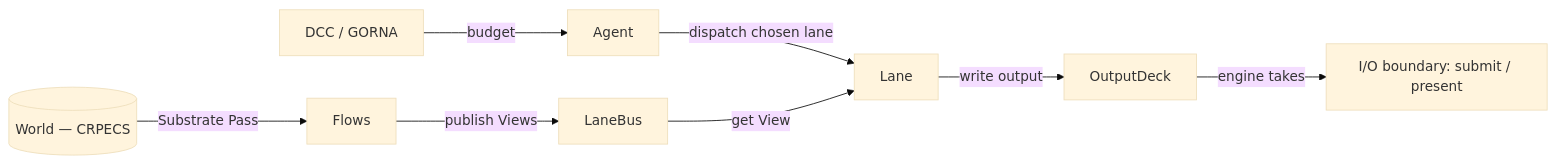
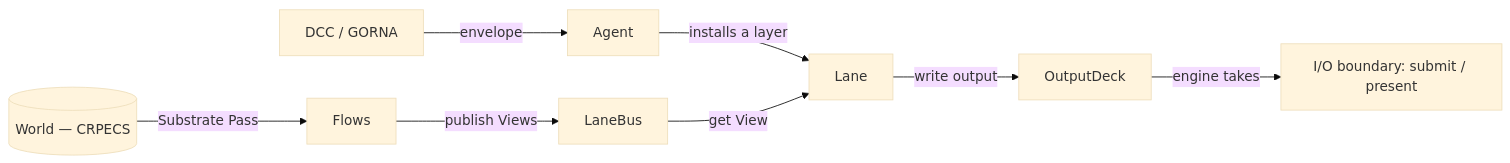
One commit to eraflo/KhoraEngine changed the diagram in docs/src/concepts/agents-and-lanes.md. Above: the diagram before and after it, drawn with Mermaid (base theme). The commit also changed other lines of this file and 11 other files, not shown here.

````diff
--- a/docs/src/concepts/agents-and-lanes.md
+++ b/docs/src/concepts/agents-and-lanes.md
@@ -123,10 +187,10 @@
 ```mermaid
 flowchart LR
     World[(World — CRPECS)] -->|Substrate Pass| Flow[Flows]
     Flow -->|publish Views| Bus[LaneBus]
-    DCC[DCC / GORNA] -->|budget| Agent
-    Agent -->|dispatch chosen lane| Lane
+    DCC[DCC / GORNA] -->|envelope| Agent
+    Agent -->|installs a layer| Lane
     Bus -->|get View| Lane
     Lane -->|write output| Deck[OutputDeck]
     Deck -->|engine takes| IO[I/O boundary: submit / present]
 ```
````
